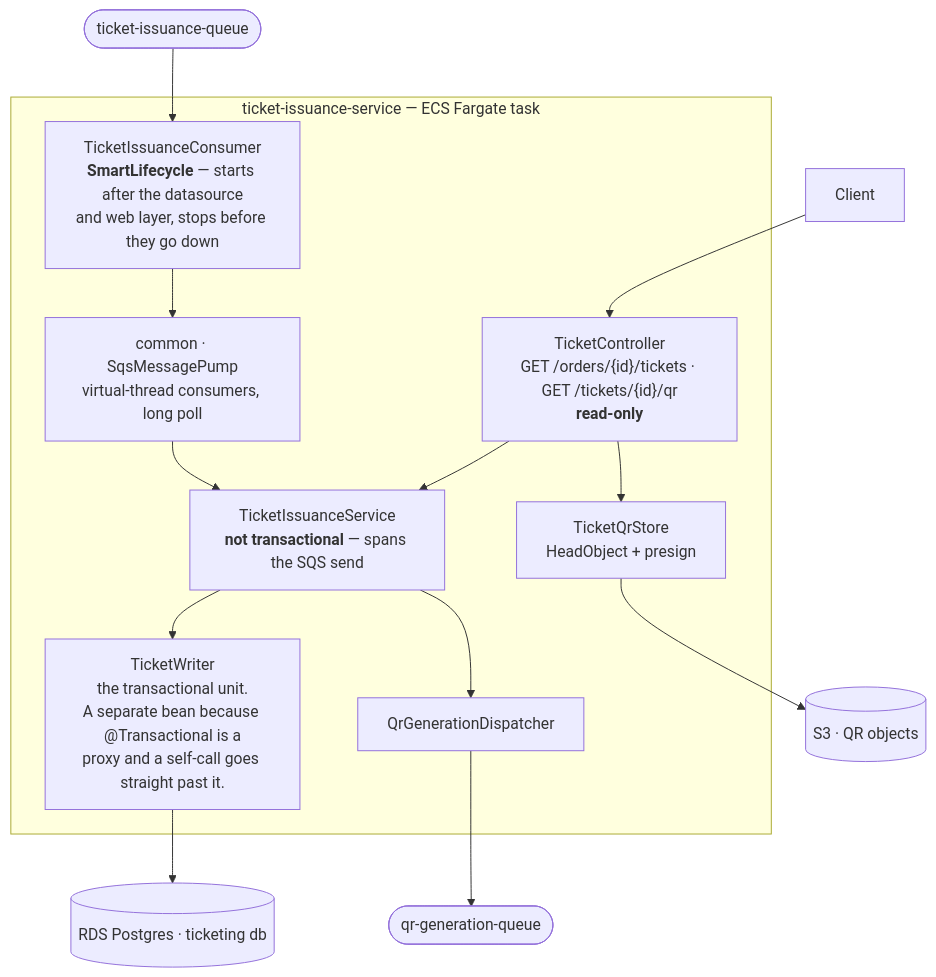
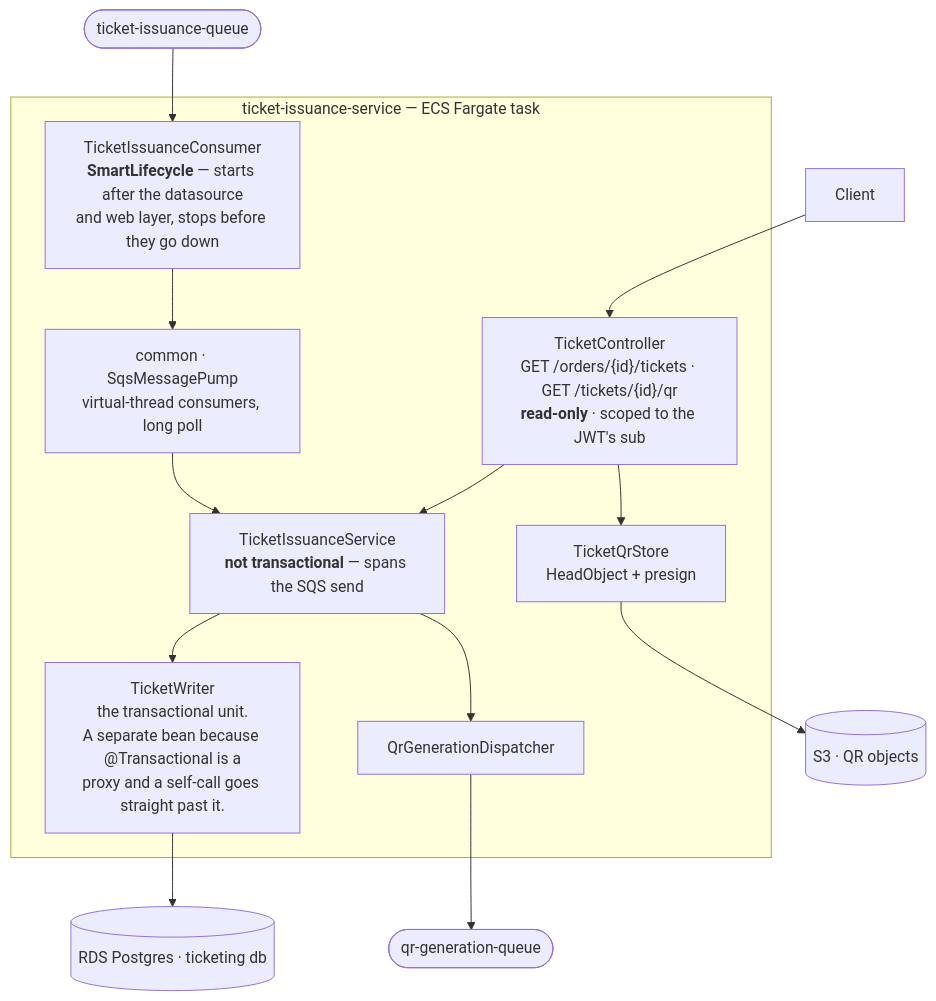
Before and after one commit to daliborjelicanin/ticket-waiting-room-aws: the first of 5 diagrams in ticket-issuance-service/ARCHITECTURE.md, drawn with Mermaid. The commit also changed other lines of this file and 65 other files, not shown here.

````diff
--- a/ticket-issuance-service/ARCHITECTURE.md
+++ b/ticket-issuance-service/ARCHITECTURE.md
@@ -13,25 +13,25 @@
 ```mermaid
 flowchart TB
     QI(["ticket-issuance-queue"])
     Client["Client"]
 
     subgraph svc["ticket-issuance-service — ECS Fargate task"]
         TIC["TicketIssuanceConsumer<br/><b>SmartLifecycle</b> — starts after the datasource<br/>and web layer, stops before they go down"]
         PUMP["common · SqsMessagePump<br/>virtual-thread consumers, long poll"]
         TIS["TicketIssuanceService<br/><b>not transactional</b> — spans the SQS send"]
         TW["TicketWriter<br/>the transactional unit.<br/>A separate bean because @Transactional is a<br/>proxy and a self-call goes straight past it."]
-        TC["TicketController<br/>GET /orders/{id}/tickets · GET /tickets/{id}/qr<br/><b>read-only</b>"]
+        TC["TicketController<br/>GET /orders/{id}/tickets · GET /tickets/{id}/qr<br/><b>read-only</b> · scoped to the JWT's sub"]
         QD["QrGenerationDispatcher"]
         QS["TicketQrStore<br/>HeadObject + presign"]
     end
 
     PGDB[("RDS Postgres · ticketing db")]
     QQ(["qr-generation-queue"])
     S3[("S3 · QR objects")]
 
     QI --> TIC --> PUMP --> TIS
     TIS --> TW --> PGDB
     TIS --> QD --> QQ
     Client --> TC --> TIS
     TC --> QS --> S3
 ```
````
